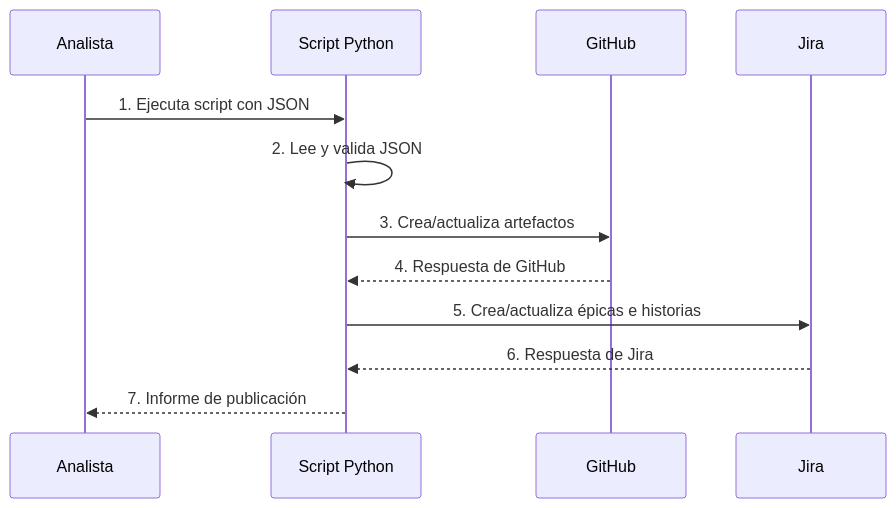
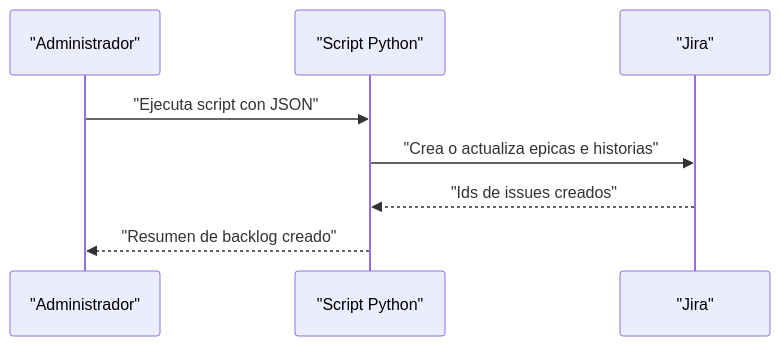
The third of 3 diagrams in analysis_ia_sesgo/DOC3_BUSINESS_FLOWS.md (essancv/training), drawn with Mermaid before and after one commit. The commit also changed other lines of this file, not shown here.

````diff
--- a/analysis_ia_sesgo/DOC3_BUSINESS_FLOWS.md
+++ b/analysis_ia_sesgo/DOC3_BUSINESS_FLOWS.md
@@ -65,15 +82,11 @@
 ```mermaid
 sequenceDiagram
-  participant A as Analista
-  participant P as Script Python
-  participant GH as GitHub
-  participant JI as Jira
+  participant DEVOPS as "Administrador"
+  participant SCRIPT as "Script Python"
+  participant JIRA as "Jira"
 
-  A->>P: 1. Ejecuta script con JSON
-  P->>P: 2. Lee y valida JSON
-  P->>GH: 3. Crea/actualiza artefactos
-  GH-->>P: 4. Respuesta de GitHub
-  P->>JI: 5. Crea/actualiza épicas e historias
-  JI-->>P: 6. Respuesta de Jira
-  P-->>A: 7. Informe de publicación
+  DEVOPS->>SCRIPT: "Ejecuta script con JSON"
+  SCRIPT->>JIRA: "Crea o actualiza epicas e historias"
+  JIRA-->>SCRIPT: "Ids de issues creados"
+  SCRIPT-->>DEVOPS: "Resumen de backlog creado"
 ```
````
